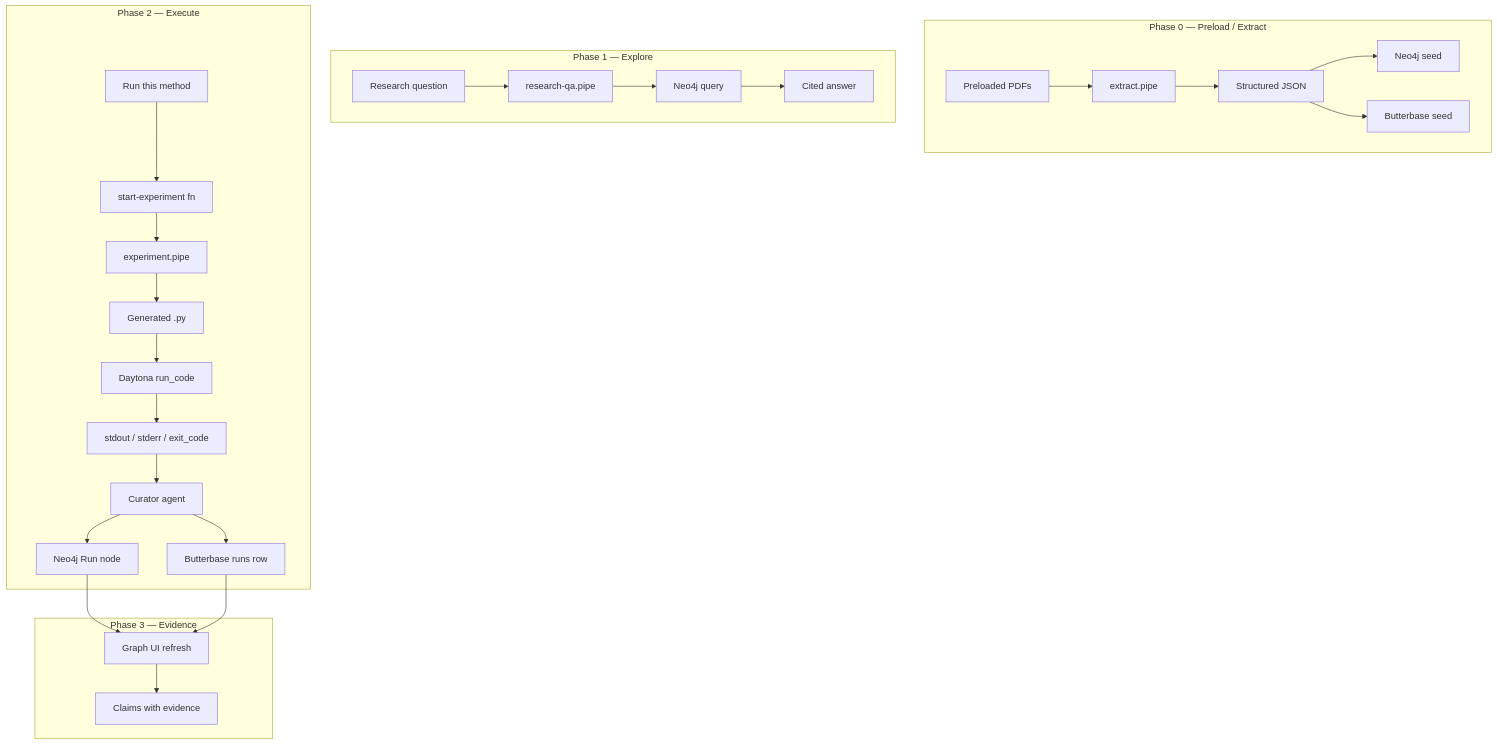
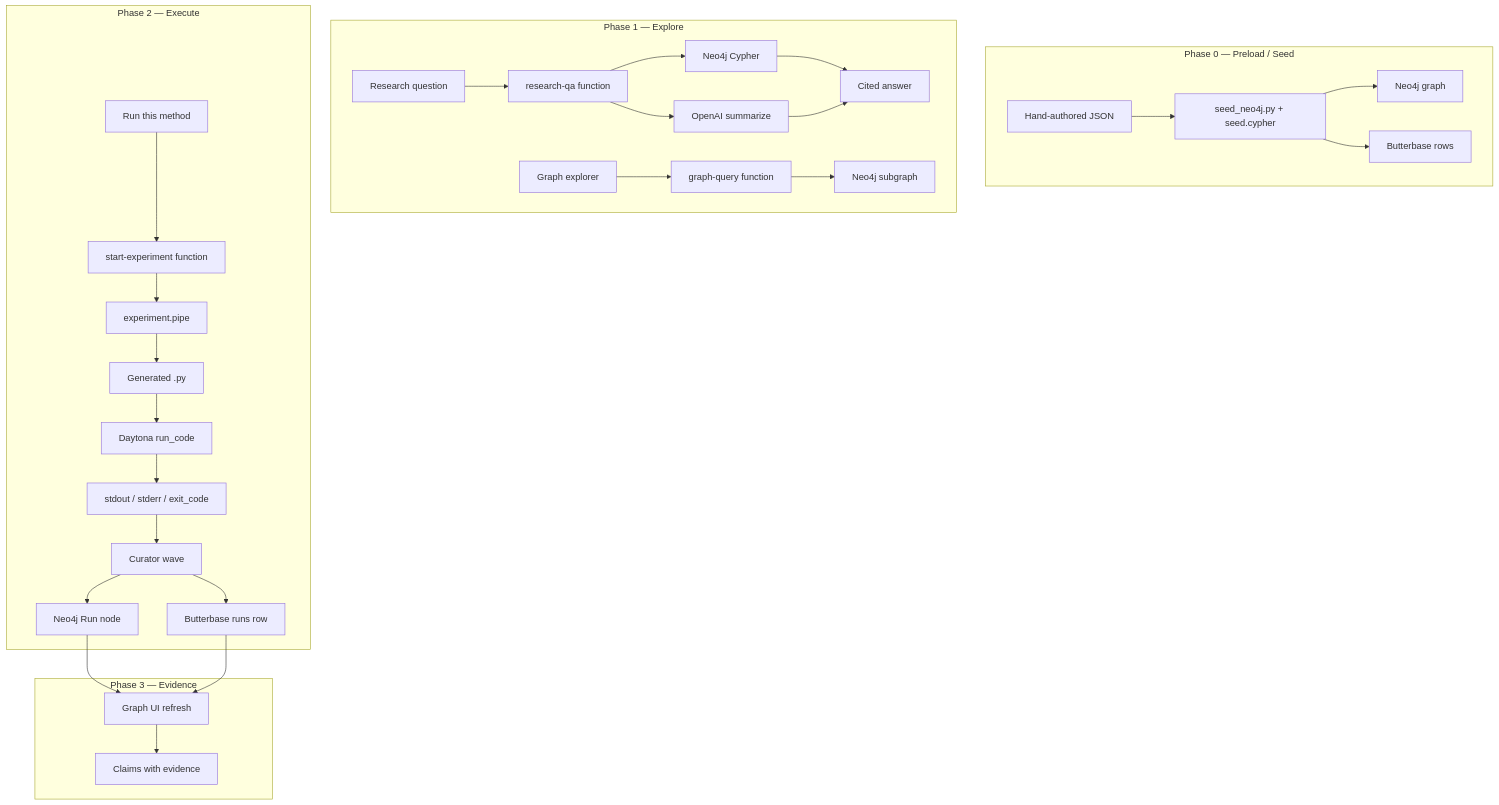
Before and after one commit to samshanmukh/Paper-to-Results-Graph: the fourth of 6 diagrams in docs/ARCHITECTURE.md, drawn with Mermaid. The commit also changed other lines of this file, not shown here.

First line of the commit message:
Revise architecture to minimize RocketRide usage

````diff
--- a/docs/ARCHITECTURE.md
+++ b/docs/ARCHITECTURE.md
@@ -398,36 +460,41 @@
 ```mermaid
 flowchart TD
-    subgraph ingest [Phase 0 — Preload / Extract]
-        PDF[Preloaded PDFs]
-        EXT[extract.pipe]
-        JSON[Structured JSON]
-        PDF --> EXT --> JSON
-        JSON --> NEO_SEED[Neo4j seed]
-        JSON --> BB_SEED[Butterbase seed]
+    subgraph ingest [Phase 0 — Preload / Seed]
+        JSON[Hand-authored JSON]
+        SEED[seed_neo4j.py + seed.cypher]
+        JSON --> SEED
+        SEED --> NEO_SEED[Neo4j graph]
+        SEED --> BB_SEED[Butterbase rows]
     end
 
     subgraph interact [Phase 1 — Explore]
         Q[Research question]
-        Q --> GQA[research-qa.pipe]
-        GQA --> NEO_Q[Neo4j query]
+        Q --> RQA[research-qa function]
+        RQA --> NEO_Q[Neo4j Cypher]
+        RQA --> OAI_Q[OpenAI summarize]
         NEO_Q --> ANS[Cited answer]
+        OAI_Q --> ANS
+
+        GV[Graph explorer]
+        GV --> GQ[graph-query function]
+        GQ --> NEO_V[Neo4j subgraph]
     end
 
     subgraph execute [Phase 2 — Execute]
         CLICK[Run this method]
-        CLICK --> START[start-experiment fn]
+        CLICK --> START[start-experiment function]
         START --> EXP[experiment.pipe]
         EXP --> CODE[Generated .py]
         CODE --> DAY[Daytona run_code]
         DAY --> LOGS[stdout / stderr / exit_code]
-        LOGS --> CURATE[Curator agent]
+        LOGS --> CURATE[Curator wave]
         CURATE --> NEO_RUN[Neo4j Run node]
         CURATE --> BB_RUN[Butterbase runs row]
     end
 
     subgraph visualize [Phase 3 — Evidence]
         NEO_RUN --> VIZ[Graph UI refresh]
         BB_RUN --> VIZ
         VIZ --> EVIDENCE[Claims with evidence]
     end
 ```
````
